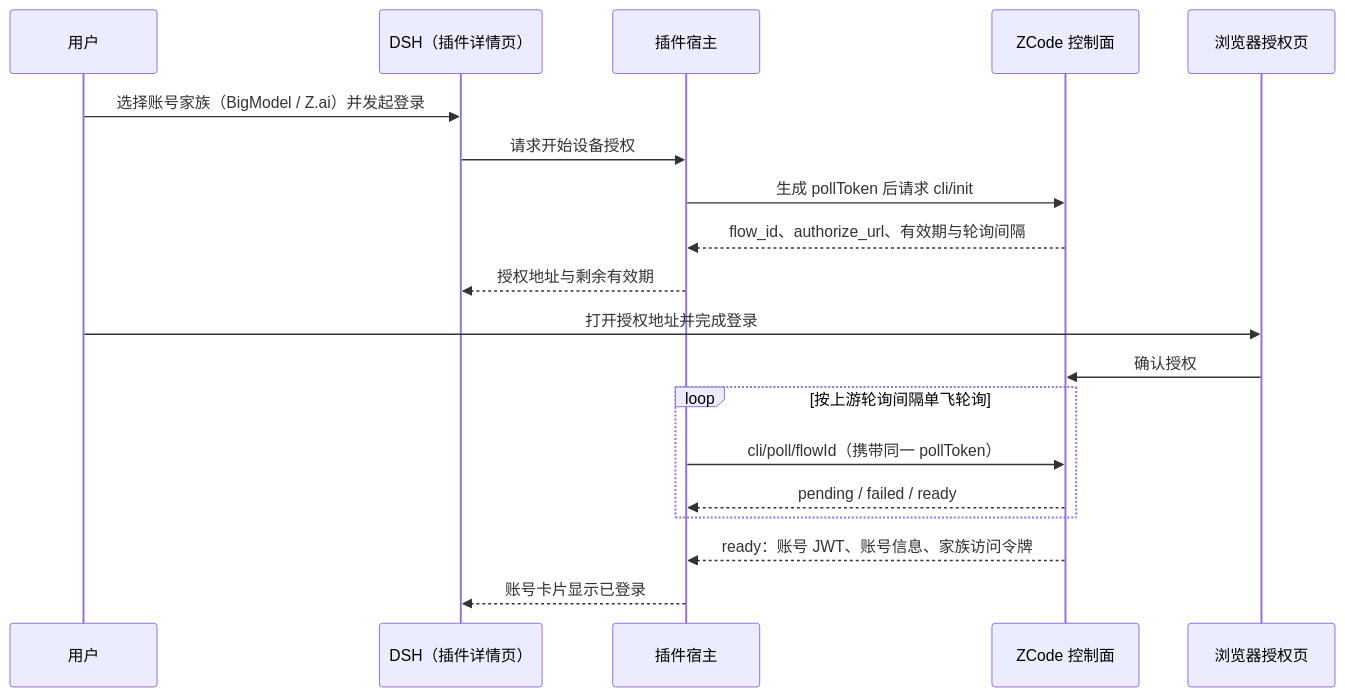
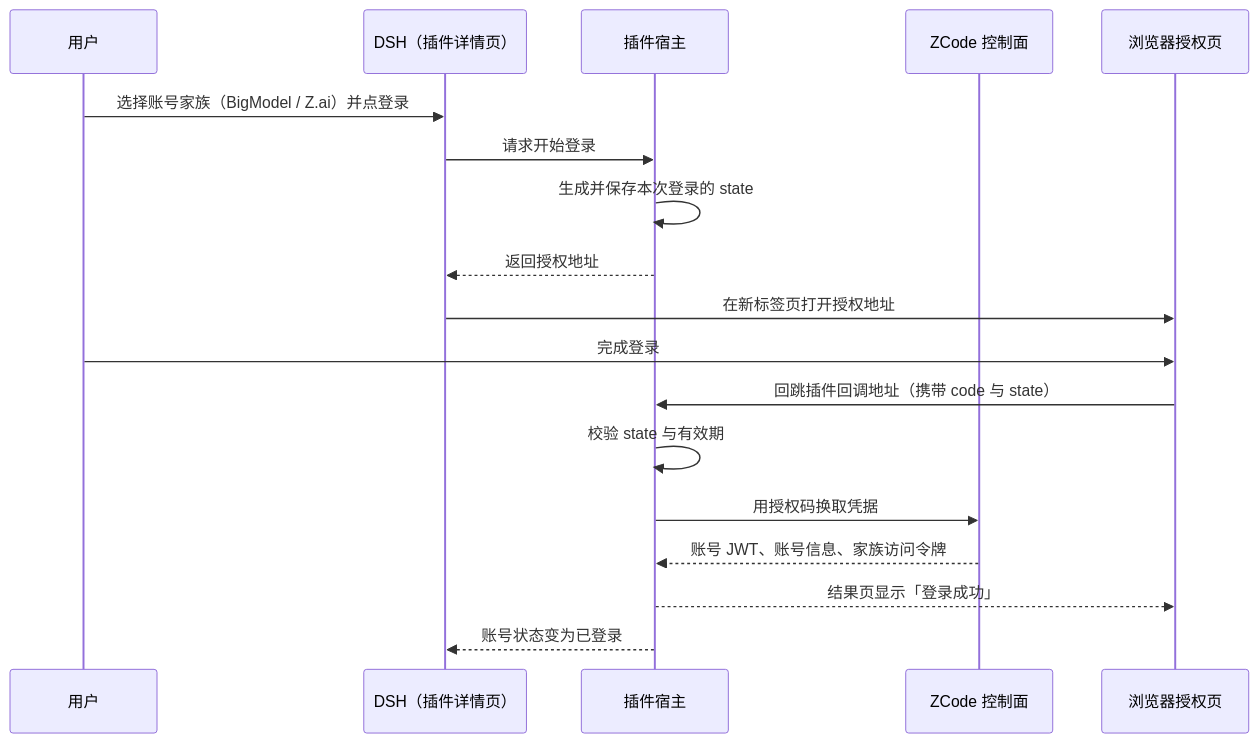
The second of 5 diagrams in docs/requirements/FNOS-027-dsh-zcode-plugin.md (FNOSP/fnos-dsh), drawn with Mermaid before and after one commit. The commit also changed other lines of this file and 7 other files, not shown here.

````diff
--- a/docs/requirements/FNOS-027-dsh-zcode-plugin.md
+++ b/docs/requirements/FNOS-027-dsh-zcode-plugin.md
@@ -164,21 +160,20 @@
 ```mermaid
 sequenceDiagram
   participant User as 用户
   participant DSH as DSH（插件详情页）
   participant Host as 插件宿主
   participant ZCode as ZCode 控制面
   participant Browser as 浏览器授权页
-  User->>DSH: 选择账号家族（BigModel / Z.ai）并发起登录
-  DSH->>Host: 请求开始设备授权
-  Host->>ZCode: 生成 pollToken 后请求 cli/init
-  ZCode-->>Host: flow_id、authorize_url、有效期与轮询间隔
-  Host-->>DSH: 授权地址与剩余有效期
-  User->>Browser: 打开授权地址并完成登录
-  Browser->>ZCode: 确认授权
-  loop 按上游轮询间隔单飞轮询
-    Host->>ZCode: cli/poll/flowId（携带同一 pollToken）
-    ZCode-->>Host: pending / failed / ready
-  end
-  ZCode-->>Host: ready：账号 JWT、账号信息、家族访问令牌
-  Host-->>DSH: 账号卡片显示已登录
+  User->>DSH: 选择账号家族（BigModel / Z.ai）并点登录
+  DSH->>Host: 请求开始登录
+  Host->>Host: 生成并保存本次登录的 state
+  Host-->>DSH: 返回授权地址
+  DSH->>Browser: 在新标签页打开授权地址
+  User->>Browser: 完成登录
+  Browser->>Host: 回跳插件回调地址（携带 code 与 state）
+  Host->>Host: 校验 state 与有效期
+  Host->>ZCode: 用授权码换取凭据
+  ZCode-->>Host: 账号 JWT、账号信息、家族访问令牌
+  Host-->>Browser: 结果页显示「登录成功」
+  Host-->>DSH: 账号状态变为已登录
 ```
````
